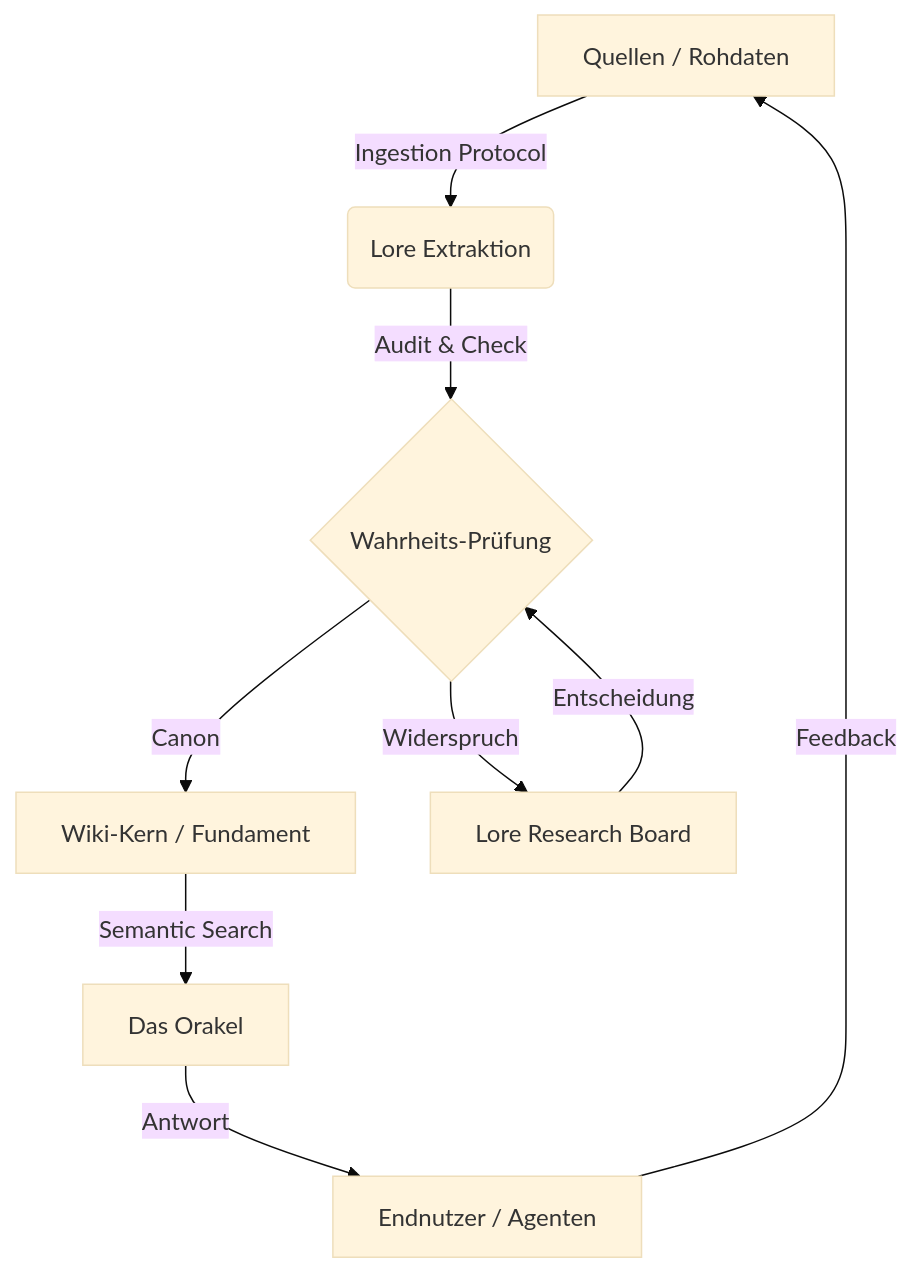
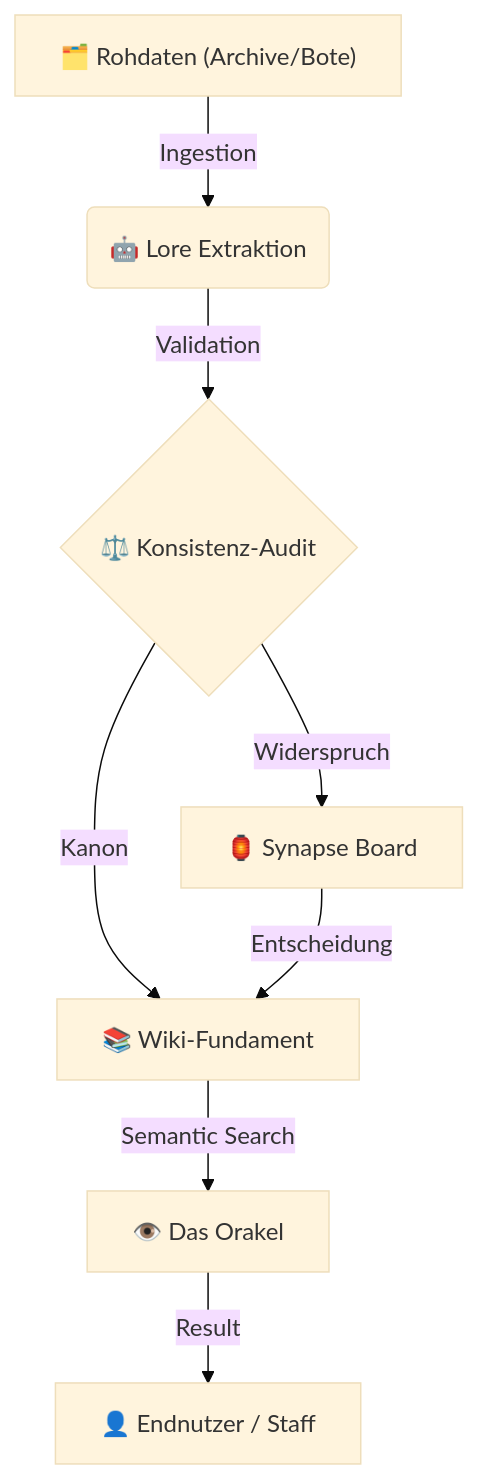
Before and after one commit to Siebenwind/7w_wiki: the diagram in README.md, drawn with Mermaid (base theme). The commit also changed other lines of this file and 19 other files, not shown here.

Commit message:
feat: Establish new internal coordination and review system with Coordination Hub and Synapse Board, update README, and refine agent personas.

````diff
--- a/README.md
+++ b/README.md
@@ -34,11 +33,10 @@
 ```mermaid
 graph TD
-    A[Quellen / Rohdaten] -->|Ingestion Protocol| B(Lore Extraktion)
-    B -->|Audit & Check| C{Wahrheits-Prüfung}
-    C -->|Canon| D[Wiki-Kern / Fundament]
-    C -->|Widerspruch| E[Lore Research Board]
-    E -->|Entscheidung| C
-    D -->|Semantic Search| F[Das Orakel]
-    F -->|Antwort| G[Endnutzer / Agenten]
-    G -->|Feedback| A
+    A["🗂️ Rohdaten (Archive/Bote)"] -->|Ingestion| B("🤖 Lore Extraktion")
+    B -->|Validation| C{"⚖️ Konsistenz-Audit"}
+    C -->|Kanon| D["📚 Wiki-Fundament"]
+    C -->|Widerspruch| E["🏮 Synapse Board"]
+    E -->|Entscheidung| D
+    D -->|Semantic Search| F["👁️ Das Orakel"]
+    F -->|Result| G["👤 Endnutzer / Staff"]
 ```
````
